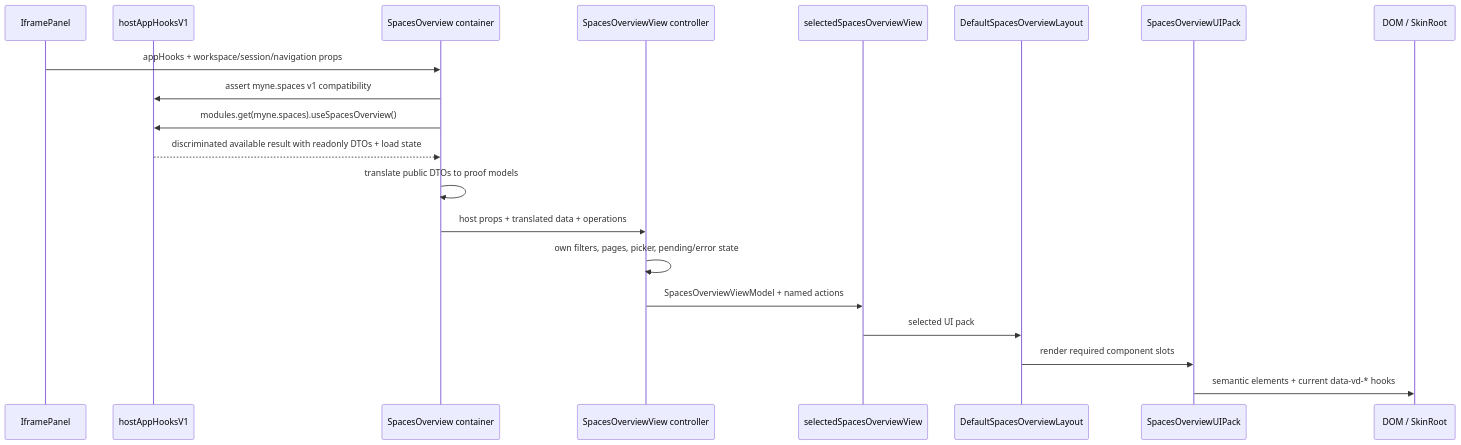
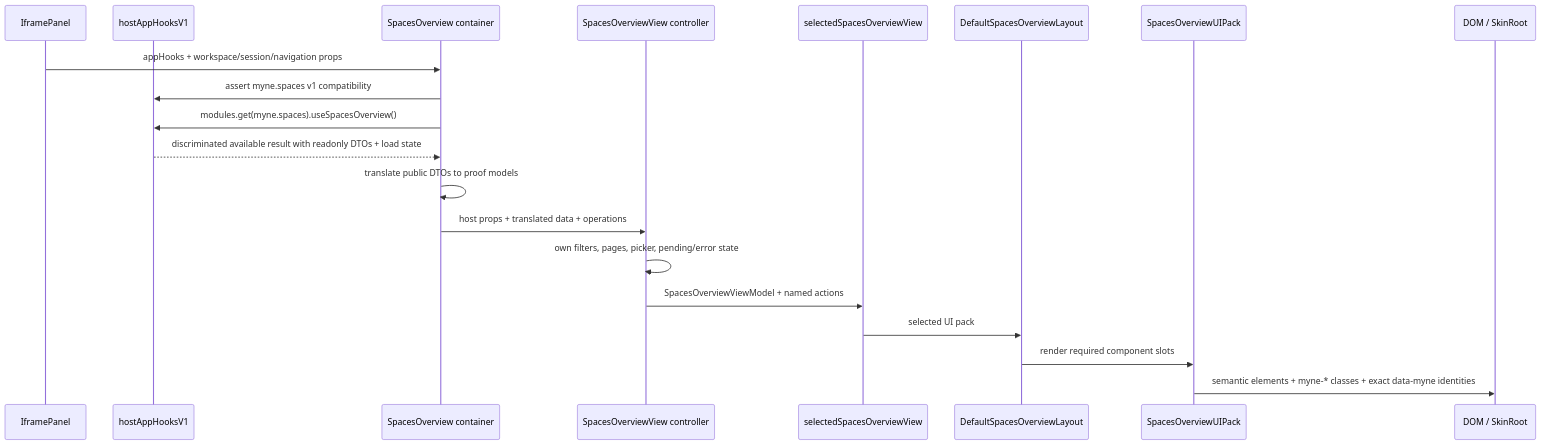
One commit to vibe-dashboard/vibe-dashboard changed the third of 5 diagrams in docs/myne-architecture.md. Above: the diagram before and after it, drawn with Mermaid. The commit also changed other lines of this file and 43 other files, not shown here.

````diff
--- a/docs/myne-architecture.md
+++ b/docs/myne-architecture.md
@@ -144,23 +146,23 @@
 ```mermaid
 sequenceDiagram
   participant I as IframePanel
   participant A as hostAppHooksV1
   participant C as SpacesOverview container
   participant V as SpacesOverviewView controller
   participant S as selectedSpacesOverviewView
   participant L as DefaultSpacesOverviewLayout
   participant U as SpacesOverviewUIPack
   participant D as DOM / SkinRoot
 
   I->>C: appHooks + workspace/session/navigation props
   C->>A: assert myne.spaces v1 compatibility
   C->>A: modules.get(myne.spaces).useSpacesOverview()
   A-->>C: discriminated available result with readonly DTOs + load state
   C->>C: translate public DTOs to proof models
   C->>V: host props + translated data + operations
   V->>V: own filters, pages, picker, pending/error state
   V->>S: SpacesOverviewViewModel + named actions
   S->>L: selected UI pack
   L->>U: render required component slots
-  U->>D: semantic elements + current data-vd-* hooks
+  U->>D: semantic elements + myne-* classes + exact data-myne identities
 ```
````
